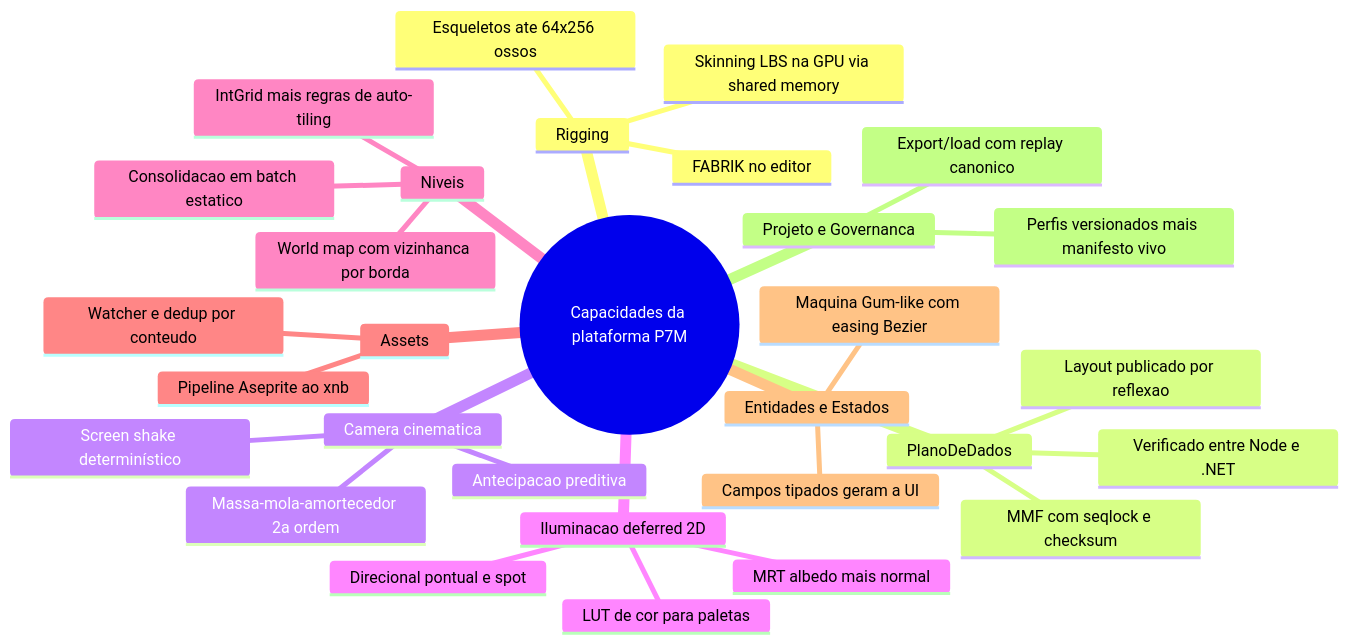
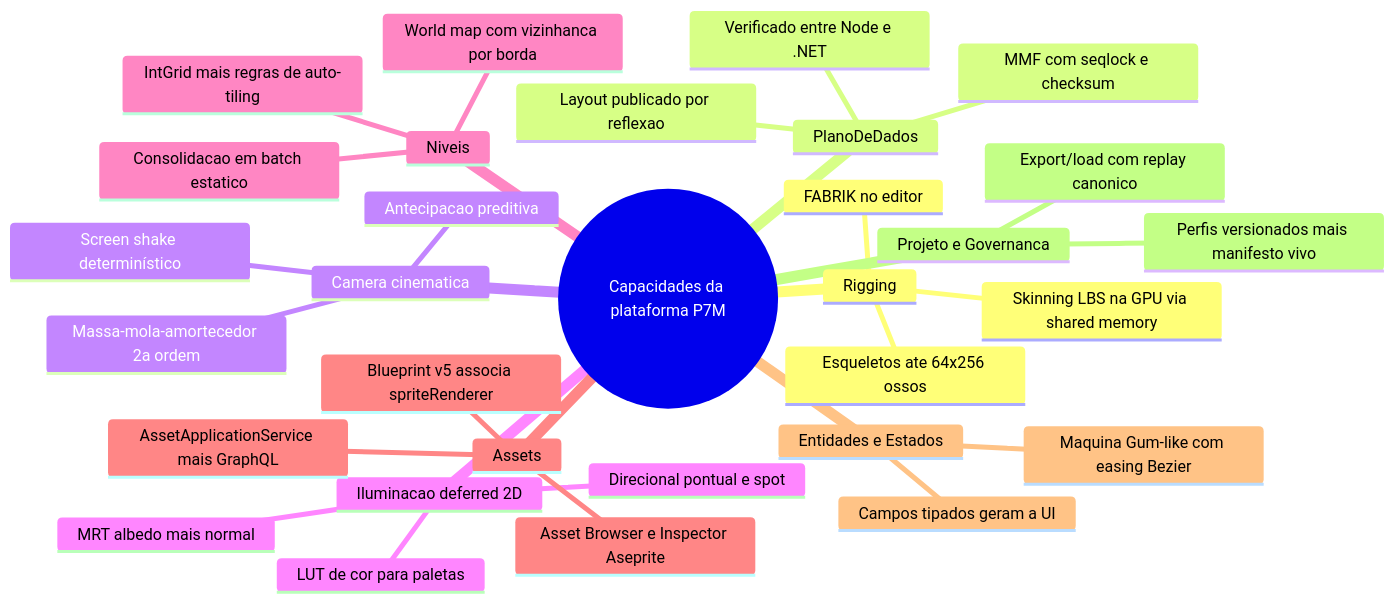
Before and after one commit to flaviotinococoutinho/Gridsmith: the third of 4 diagrams in docs/PRODUCT.md, drawn with Mermaid. The commit also changed other lines of this file and 61 other files, not shown here.

Commit message:
feat(assets): deliver visual Aseprite pipeline

````diff
--- a/docs/PRODUCT.md
+++ b/docs/PRODUCT.md
@@ -111,33 +119,34 @@
 ```mermaid
 mindmap
   root(("Capacidades da plataforma P7M"))
     Rigging
       Esqueletos ate 64x256 ossos
       Skinning LBS na GPU via shared memory
       FABRIK no editor
     PlanoDeDados
       MMF com seqlock e checksum
       Verificado entre Node e .NET
       Layout publicado por reflexao
     Camera cinematica
       Massa-mola-amortecedor 2a ordem
       Antecipacao preditiva
       Screen shake determinístico
     Iluminacao deferred 2D
       MRT albedo mais normal
       Direcional pontual e spot
       LUT de cor para paletas
     Niveis
       IntGrid mais regras de auto-tiling
       Consolidacao em batch estatico
       World map com vizinhanca por borda
     Assets
-      Pipeline Aseprite ao xnb
-      Watcher e dedup por conteudo
+      AssetApplicationService mais GraphQL
+      Asset Browser e Inspector Aseprite
+      Blueprint v5 associa spriteRenderer
     Entidades e Estados
       Campos tipados geram a UI
       Maquina Gum-like com easing Bezier
     Projeto e Governanca
       Export/load com replay canonico
       Perfis versionados mais manifesto vivo
 ```
````
